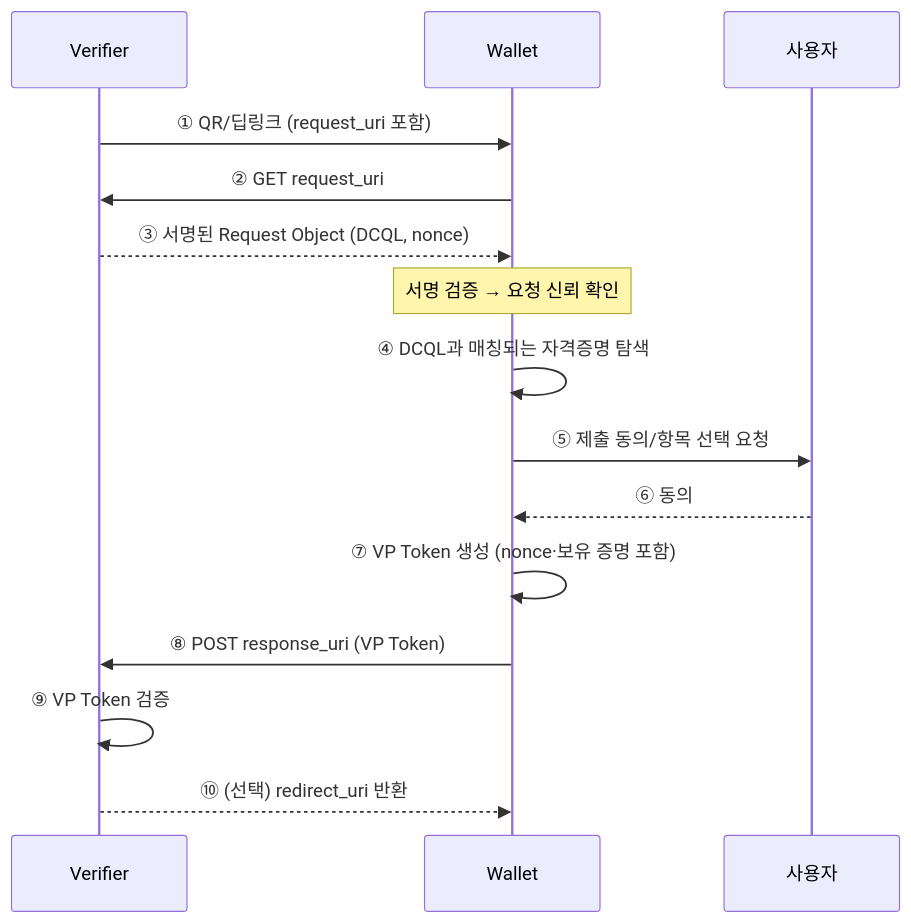
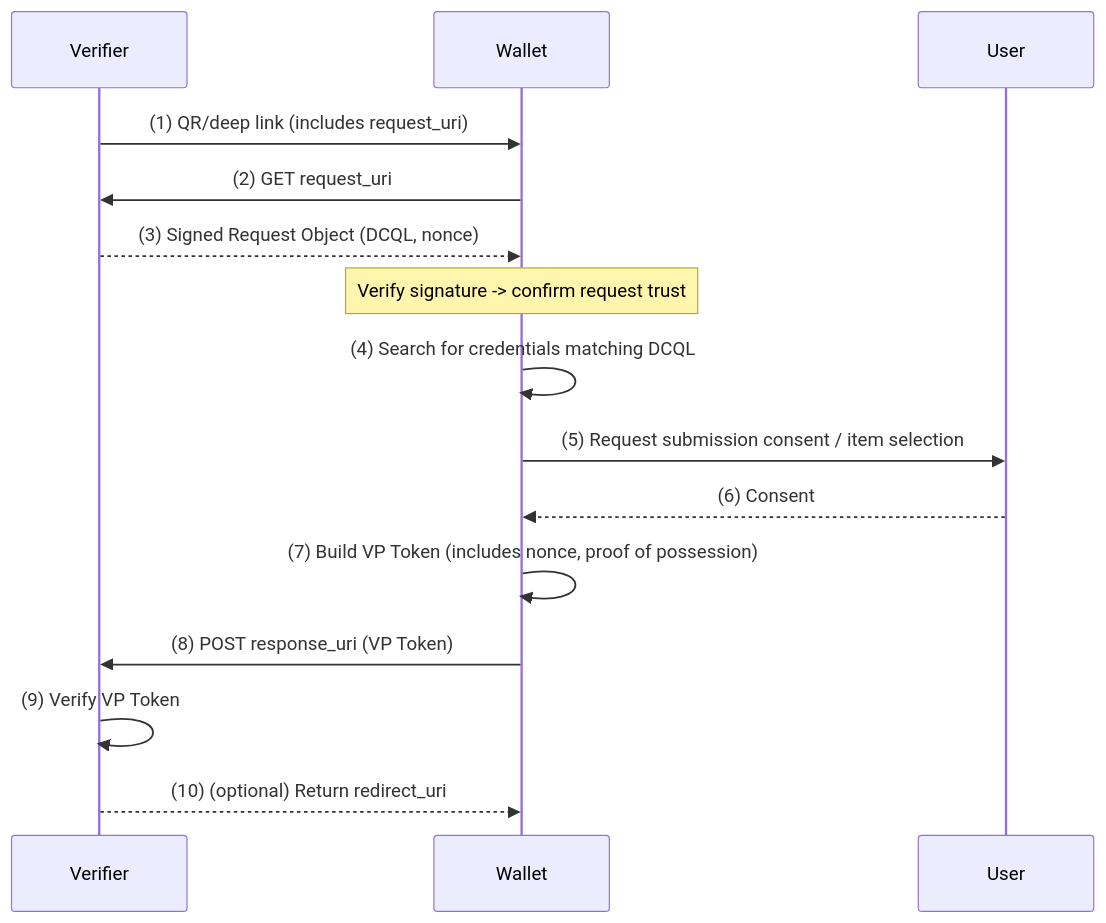
The fourth of 4 diagrams in docs/concepts/oid4vp/oid4vp_presentation_flow.md (OmniOneID/poc-oid4vc), drawn with Mermaid before and after one commit. The commit also changed other lines of this file and 29 other files, not shown here.

````diff
--- a/docs/concepts/oid4vp/oid4vp_presentation_flow.md
+++ b/docs/concepts/oid4vp/oid4vp_presentation_flow.md
@@ -134,18 +125,18 @@
 ```mermaid
 sequenceDiagram
     participant V as Verifier
     participant W as Wallet
-    participant U as 사용자
+    participant U as User
 
-    V->>W: ① QR/딥링크 (request_uri 포함)
-    W->>V: ② GET request_uri
-    V-->>W: ③ 서명된 Request Object (DCQL, nonce)
-    Note over W: 서명 검증 → 요청 신뢰 확인
-    W->>W: ④ DCQL과 매칭되는 자격증명 탐색
-    W->>U: ⑤ 제출 동의/항목 선택 요청
-    U-->>W: ⑥ 동의
-    W->>W: ⑦ VP Token 생성 (nonce·보유 증명 포함)
-    W->>V: ⑧ POST response_uri (VP Token)
-    V->>V: ⑨ VP Token 검증
-    V-->>W: ⑩ (선택) redirect_uri 반환
+    V->>W: (1) QR/deep link (includes request_uri)
+    W->>V: (2) GET request_uri
+    V-->>W: (3) Signed Request Object (DCQL, nonce)
+    Note over W: Verify signature -> confirm request trust
+    W->>W: (4) Search for credentials matching DCQL
+    W->>U: (5) Request submission consent / item selection
+    U-->>W: (6) Consent
+    W->>W: (7) Build VP Token (includes nonce, proof of possession)
+    W->>V: (8) POST response_uri (VP Token)
+    V->>V: (9) Verify VP Token
+    V-->>W: (10) (optional) Return redirect_uri
 ```
````
